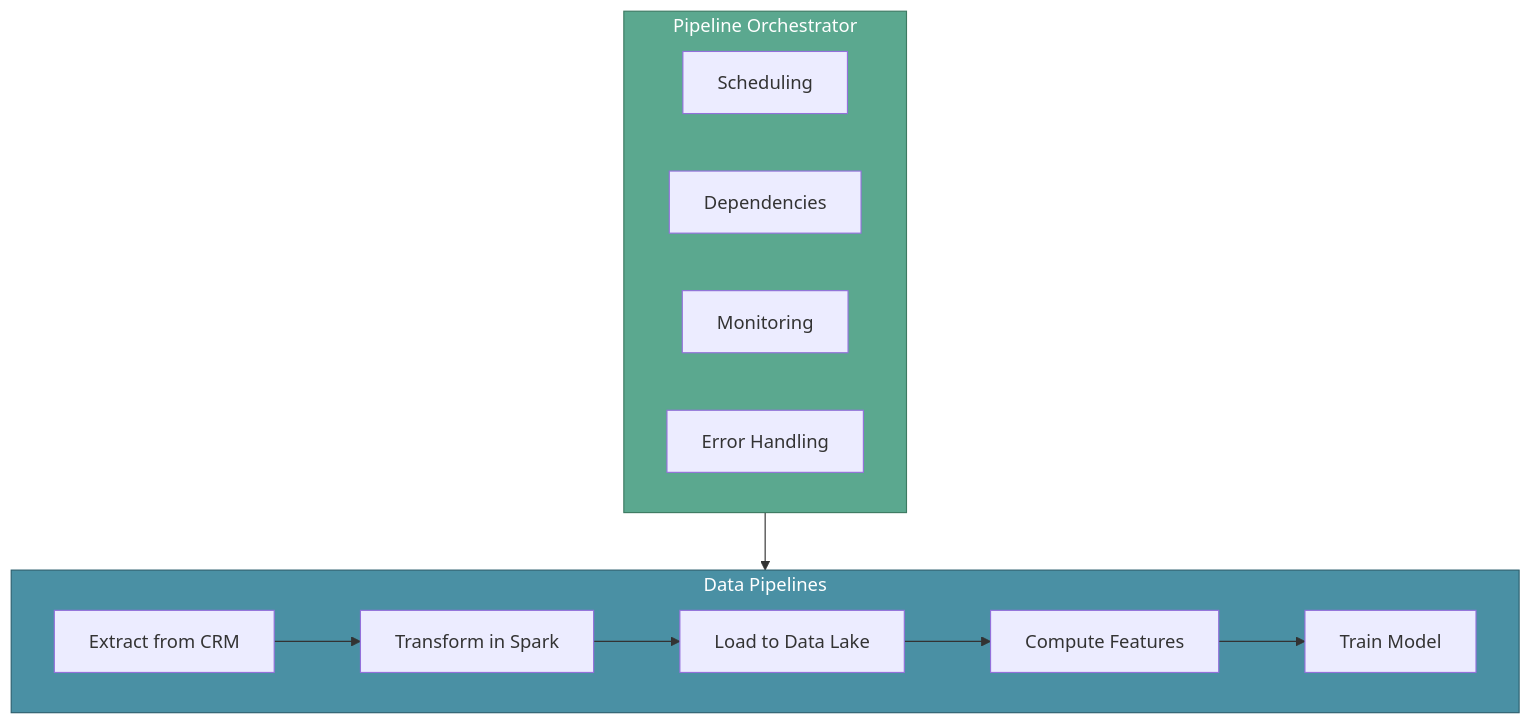
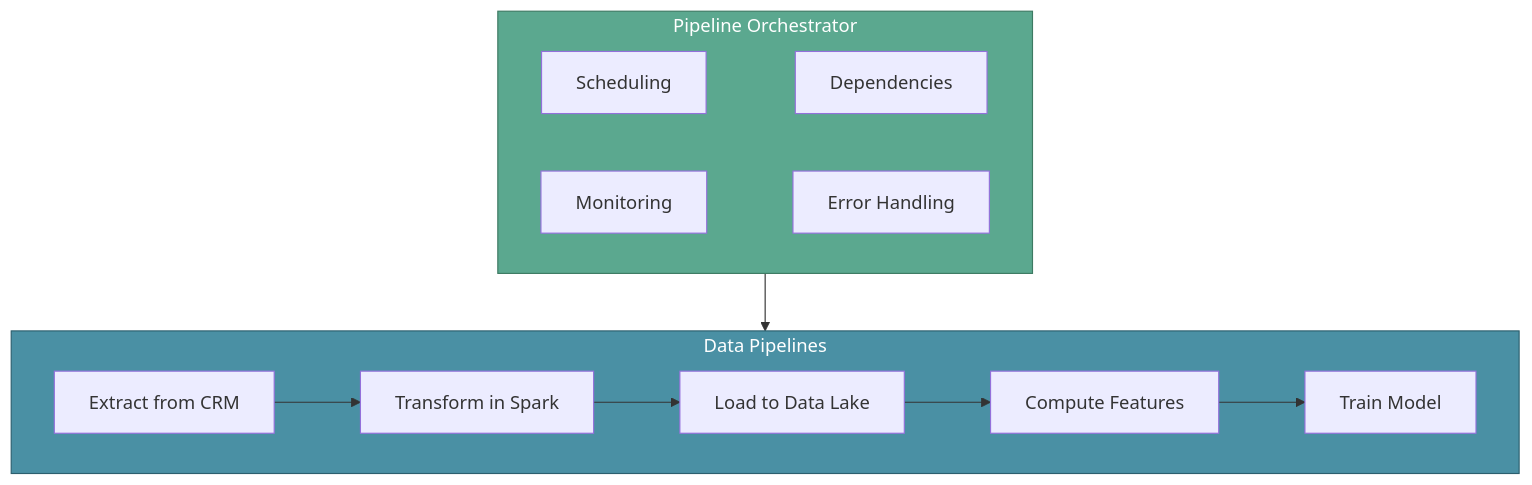
The first of 2 diagrams in docs/mlops/data-preparation/7-data-pipeline-orchestration.md (vinaykagithapu/vinay.github.io), drawn with Mermaid before and after one commit. The commit also changed 4 other files, not shown here.

````diff
--- a/docs/mlops/data-preparation/7-data-pipeline-orchestration.md
+++ b/docs/mlops/data-preparation/7-data-pipeline-orchestration.md
@@ -45,27 +45,29 @@
 ```mermaid
 flowchart TB
     subgraph Pipelines["Data Pipelines"]
         ETL[Extract from CRM]
         TRANSFORM[Transform in Spark]
         LOAD[Load to Data Lake]
         FEATURE[Compute Features]
         TRAIN[Train Model]
     end
     
     subgraph Orchestrator["Pipeline Orchestrator"]
         SCHEDULE[Scheduling]
         DEPS[Dependencies]
         MONITOR[Monitoring]
         RETRY[Error Handling]
     end
+    SCHEDULE ~~~ DEPS
+    MONITOR ~~~ RETRY
     
     ETL --> TRANSFORM
     TRANSFORM --> LOAD
     LOAD --> FEATURE
     FEATURE --> TRAIN
     
     Orchestrator --> Pipelines
     
     style Pipelines fill:#4A90A4,stroke:#2C5F6E,color:#fff
     style Orchestrator fill:#5BA88F,stroke:#3D7A62,color:#fff
 ```
````
